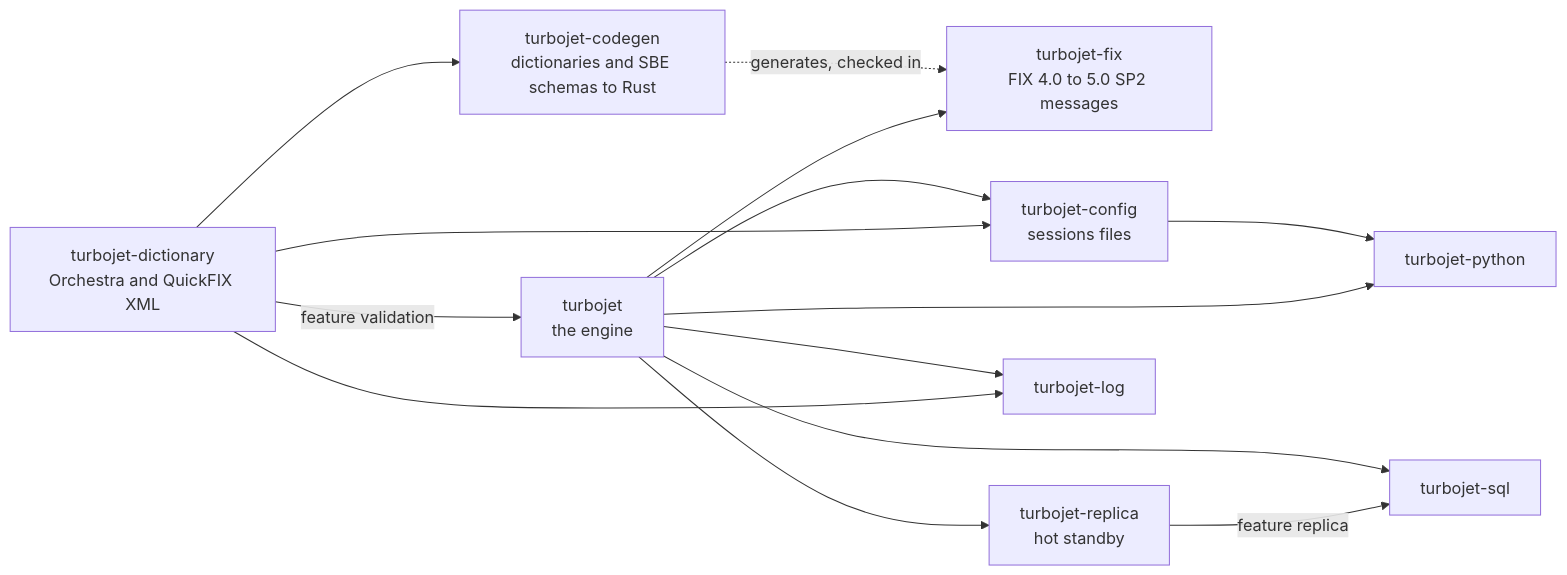
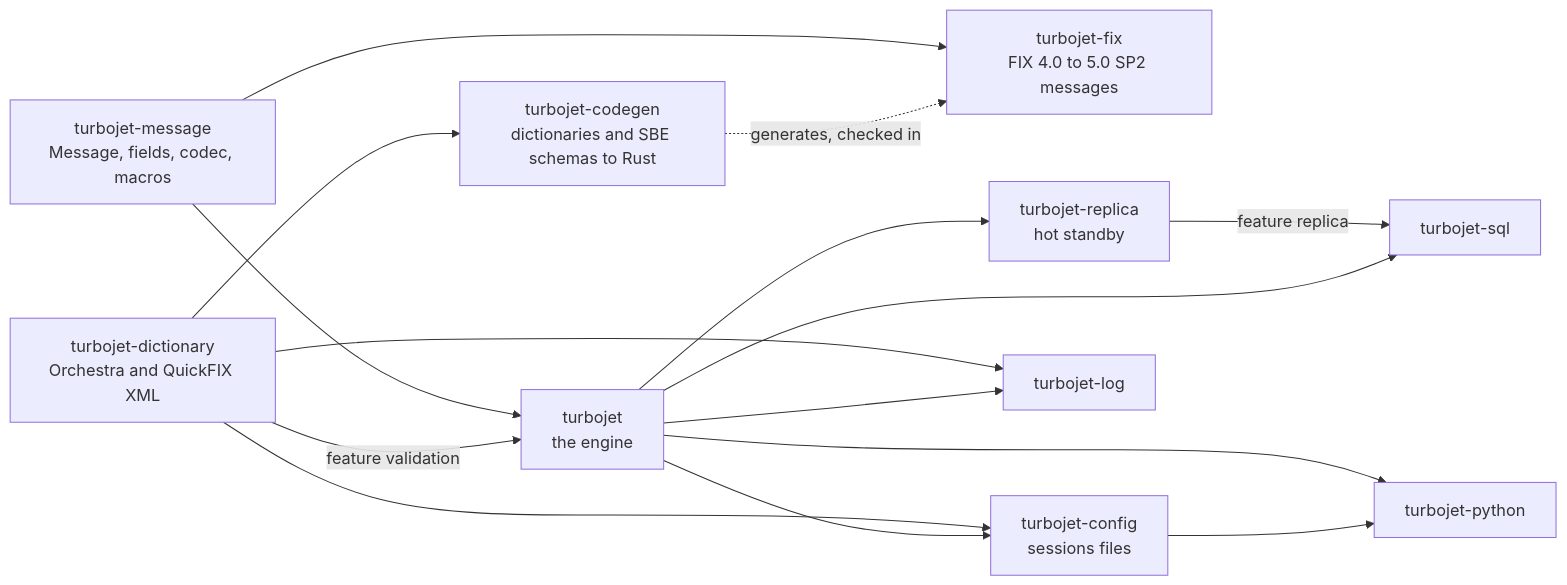
Before and after one commit to jrogers/turbojet: the first of 4 diagrams in docs/ARCHITECTURE.md, drawn with Mermaid. The commit also changed other lines of this file and 4 other files, not shown here.

First line of the commit message:
Record turbojet-message in the design notes, architecture, readme and changelog

````diff
--- a/docs/ARCHITECTURE.md
+++ b/docs/ARCHITECTURE.md
@@ -9,26 +9,28 @@
 ```mermaid
 flowchart LR
     dictionary[turbojet-dictionary<br/>Orchestra and QuickFIX XML]
     codegen[turbojet-codegen<br/>dictionaries and SBE schemas to Rust]
+    message[turbojet-message<br/>Message, fields, codec, macros]
     engine[turbojet<br/>the engine]
     fix[turbojet-fix<br/>FIX 4.0 to 5.0 SP2 messages]
     config[turbojet-config<br/>sessions files]
     sql[turbojet-sql]
     replica[turbojet-replica<br/>hot standby]
     log[turbojet-log]
     python[turbojet-python]
 
     dictionary --> codegen
     codegen -. "generates, checked in" .-> fix
     dictionary -- "feature validation" --> engine
-    engine --> fix
+    message --> engine
+    message --> fix
     engine --> config
     dictionary --> config
     engine --> sql
     engine --> replica
     replica -- "feature replica" --> sql
     engine --> log
     dictionary --> log
     config --> python
     engine --> python
 ```
````
